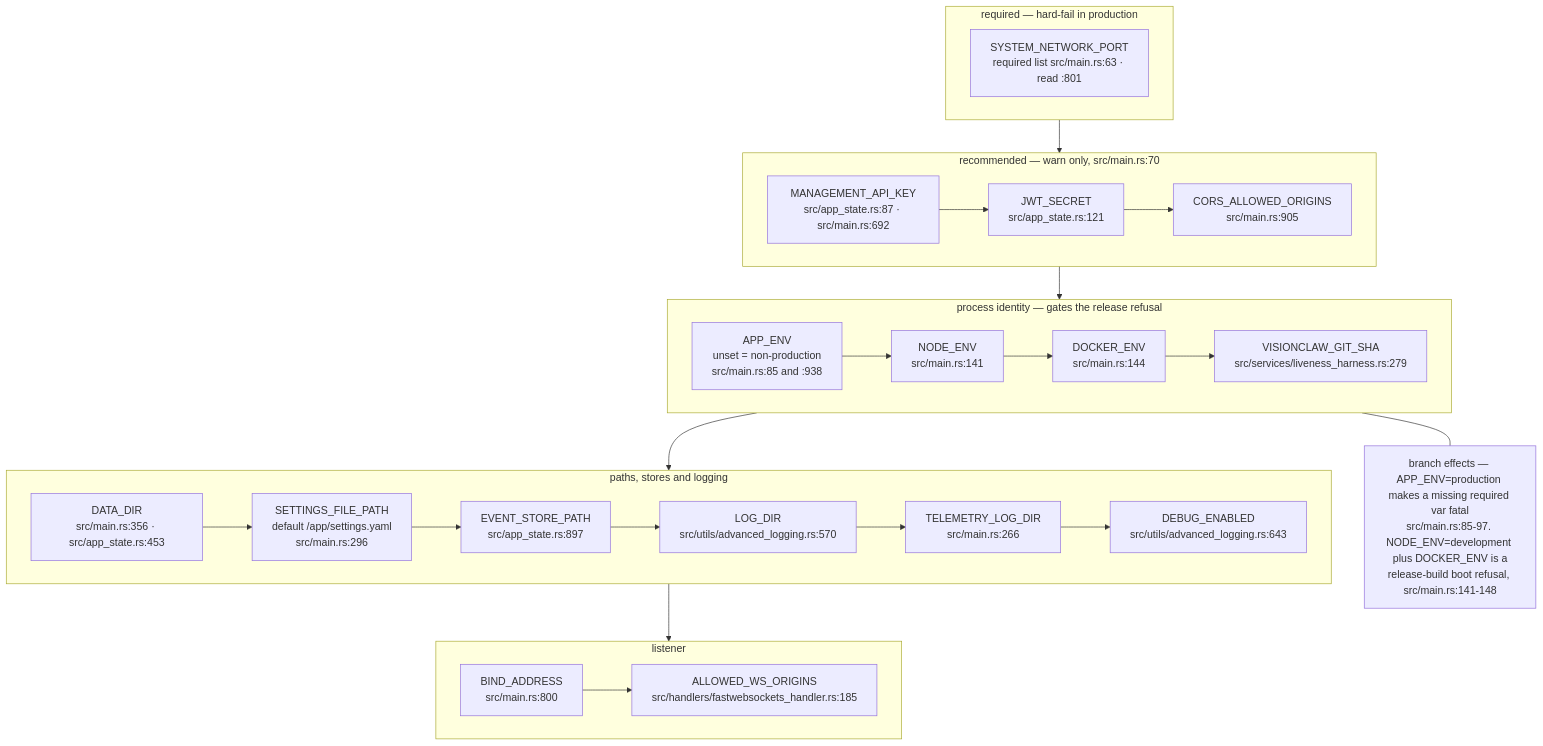
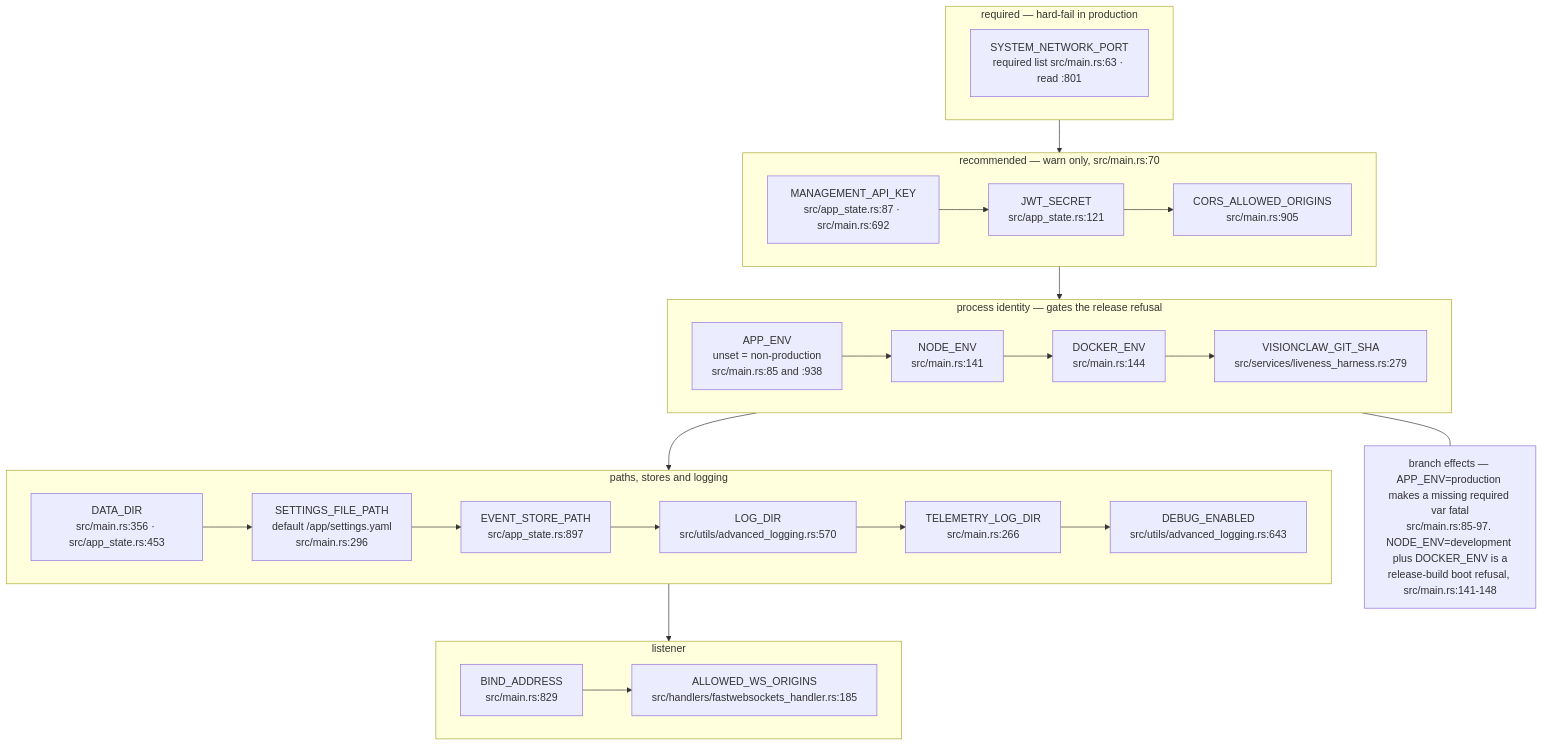
Before and after one commit to DreamLab-AI/VisionFlow: the eighth of 15 diagrams in docs/diagrams/visionclaw/09-config-and-env-flags.md, drawn with Mermaid. The commit also changed other lines of this file and 51 other files, not shown here.

First line of the commit message:
docs(diagrams): agentbox AB-01..13 re-attested anchor by anchor (980 anchors, 22 defects); checkpoint against an out-of-mesh writer

````diff
--- a/docs/diagrams/visionclaw/09-config-and-env-flags.md
+++ b/docs/diagrams/visionclaw/09-config-and-env-flags.md
@@ -378,21 +378,21 @@
 ```mermaid
 flowchart TB
     subgraph REQ["required — hard-fail in production"]
         E1["SYSTEM_NETWORK_PORT<br/>required list src/main.rs:63 · read :801"]
     end
     subgraph RECO["recommended — warn only, src/main.rs:70"]
         E2["MANAGEMENT_API_KEY<br/>src/app_state.rs:87 · src/main.rs:692"] --> E3["JWT_SECRET<br/>src/app_state.rs:121"] --> E4["CORS_ALLOWED_ORIGINS<br/>src/main.rs:905"]
     end
     subgraph IDENT["process identity — gates the release refusal"]
         E5["APP_ENV<br/>unset = non-production<br/>src/main.rs:85 and :938"] --> E6["NODE_ENV<br/>src/main.rs:141"] --> E7["DOCKER_ENV<br/>src/main.rs:144"] --> E8["VISIONCLAW_GIT_SHA<br/>src/services/liveness_harness.rs:279"]
     end
     subgraph PATHS["paths, stores and logging"]
         E9["DATA_DIR<br/>src/main.rs:356 · src/app_state.rs:453"] --> E10["SETTINGS_FILE_PATH<br/>default /app/settings.yaml<br/>src/main.rs:296"] --> E11["EVENT_STORE_PATH<br/>src/app_state.rs:897"] --> E12["LOG_DIR<br/>src/utils/advanced_logging.rs:570"] --> E13["TELEMETRY_LOG_DIR<br/>src/main.rs:266"] --> E14["DEBUG_ENABLED<br/>src/utils/advanced_logging.rs:643"]
     end
     subgraph BIND["listener"]
-        E15["BIND_ADDRESS<br/>src/main.rs:800"] --> E16["ALLOWED_WS_ORIGINS<br/>src/handlers/fastwebsockets_handler.rs:185"]
+        E15["BIND_ADDRESS<br/>src/main.rs:829"] --> E16["ALLOWED_WS_ORIGINS<br/>src/handlers/fastwebsockets_handler.rs:185"]
     end
     REQ --> RECO --> IDENT --> PATHS --> BIND
     N["branch effects — APP_ENV=production makes a missing required var fatal<br/>src/main.rs:85-97. NODE_ENV=development plus DOCKER_ENV is a<br/>release-build boot refusal, src/main.rs:141-148"]
     IDENT --- N
 ```
````
